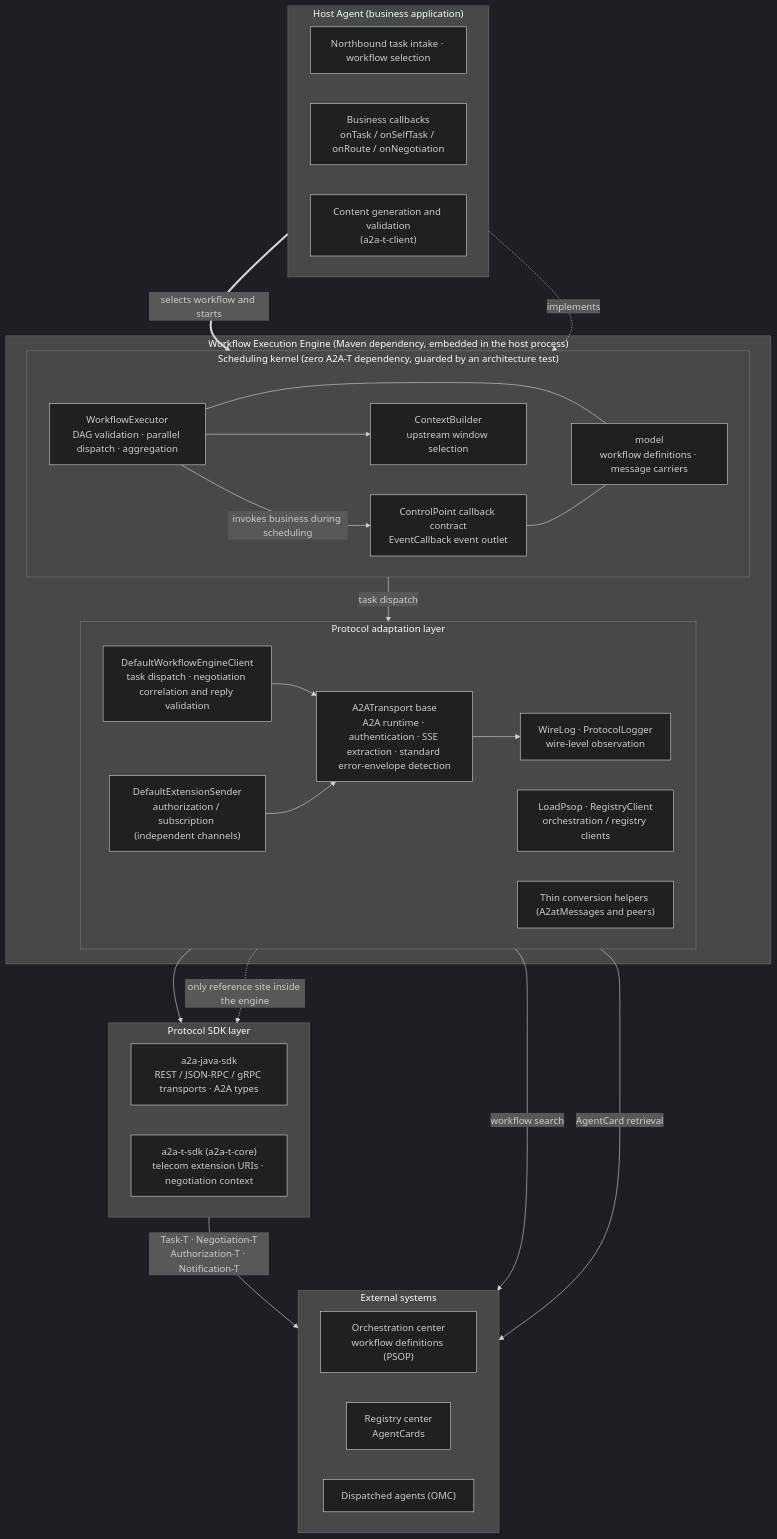
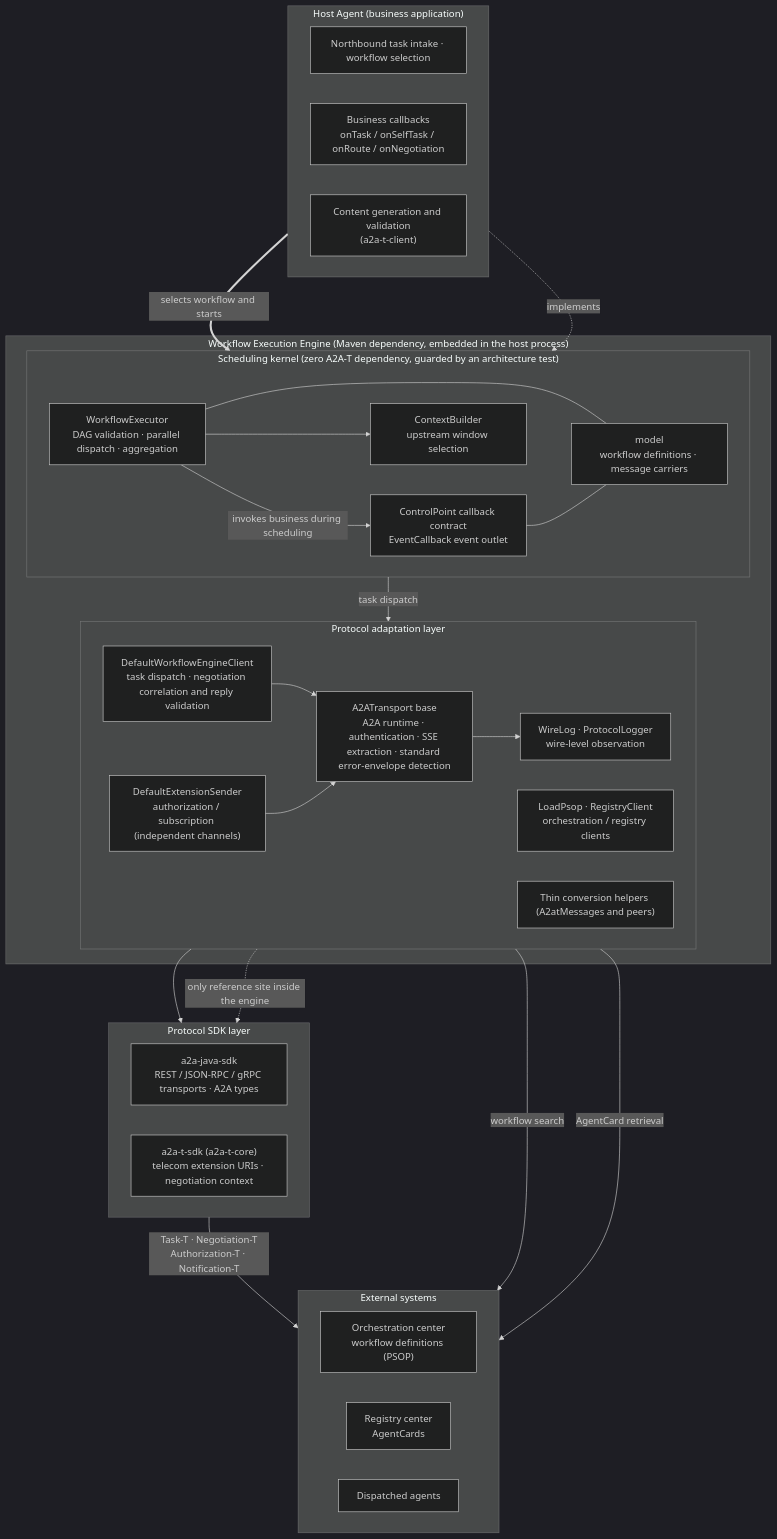
One commit to Zhoujie628/workflow-engine-sdk-java changed the third of 5 diagrams in docs/en/DESIGN.md. Above: the diagram before and after it, drawn with Mermaid (dark theme). The commit also changed other lines of this file and 8 other files, not shown here.

````diff
--- a/docs/en/DESIGN.md
+++ b/docs/en/DESIGN.md
@@ -131,57 +131,57 @@
 ```mermaid
 flowchart TB
     subgraph HOST["Host Agent (business application)"]
         direction LR
         WB["Northbound task intake · workflow selection"]
         BIZ["Business callbacks<br/>onTask / onSelfTask / onRoute / onNegotiation"]
         GEN["Content generation and validation<br/>(a2a-t-client)"]
     end
 
     subgraph ENGINE["Workflow Execution Engine (Maven dependency, embedded in the host process)"]
         subgraph KERNEL["Scheduling kernel (zero A2A-T dependency, guarded by an architecture test)"]
             direction LR
             EXE["WorkflowExecutor<br/>DAG validation · parallel dispatch · aggregation"]
             CTXB["ContextBuilder<br/>upstream window selection"]
             CP["ControlPoint callback contract<br/>EventCallback event outlet"]
             MODEL["model<br/>workflow definitions · message carriers"]
         end
         subgraph ADAPTER["Protocol adaptation layer"]
             direction LR
             WEC["DefaultWorkflowEngineClient<br/>task dispatch · negotiation correlation and reply validation"]
             EXT["DefaultExtensionSender<br/>authorization / subscription (independent channels)"]
             TRANS["A2ATransport base<br/>A2A runtime · authentication · SSE extraction · standard error-envelope detection"]
             OBSV["WireLog · ProtocolLogger<br/>wire-level observation"]
             REGC["LoadPsop · RegistryClient<br/>orchestration / registry clients"]
             MSG["Thin conversion helpers (A2atMessages and peers)"]
         end
     end
 
     subgraph SDK["Protocol SDK layer"]
         direction LR
         A2AJ["a2a-java-sdk<br/>REST / JSON-RPC / gRPC transports · A2A types"]
         A2ATC["a2a-t-sdk (a2a-t-core)<br/>telecom extension URIs · negotiation context"]
     end
 
     subgraph SYS["External systems"]
         direction LR
         ORCH["Orchestration center<br/>workflow definitions (PSOP)"]
         REGT["Registry center<br/>AgentCards"]
-        OMC["Dispatched agents (OMC)"]
+        DISPATCHED["Dispatched agents"]
     end
 
     WB ==>|"selects workflow and starts"| EXE
     BIZ -.->|"implements"| CP
     EXE -->|"invokes business during scheduling"| CP
     EXE --- MODEL
     CP --- MODEL
     EXE --> CTXB
     EXE -->|"task dispatch"| WEC
     WEC --> TRANS
     EXT --> TRANS
     TRANS --> OBSV
     TRANS --> A2AJ
     MSG -.->|"only reference site inside the engine"| A2ATC
-    A2AJ -->|"Task-T · Negotiation-T<br/>Authorization-T · Notification-T"| OMC
+    A2AJ -->|"Task-T · Negotiation-T<br/>Authorization-T · Notification-T"| DISPATCHED
     REGC -->|"workflow search"| ORCH
     REGC -->|"AgentCard retrieval"| REGT
 ```
````
